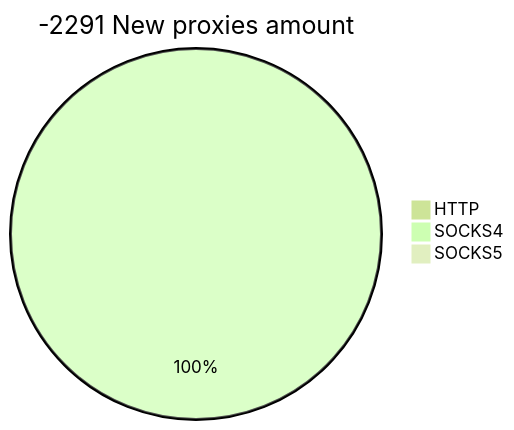
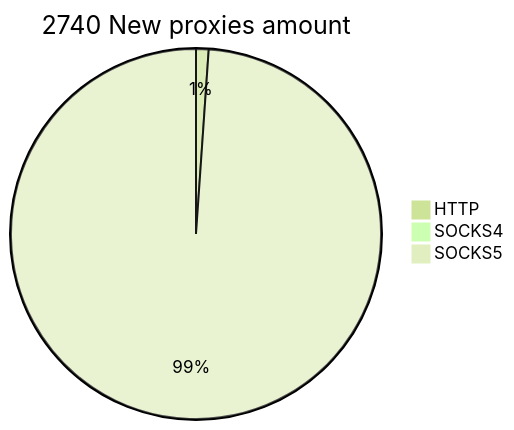
One commit to cutipu/proxylist changed the second of 2 diagrams in README.md. Above: the diagram before and after it, drawn with Mermaid (forest theme). The commit also changed other lines of this file, not shown here.

````diff
--- a/README.md
+++ b/README.md
@@ -10,6 +10,6 @@
 ```mermaid
-pie title -2291 New proxies amount
-    "HTTP" : 0
-    "SOCKS4" : 658
-    "SOCKS5" : 0
+pie title 2740 New proxies amount
+    "HTTP" : 30
+    "SOCKS4" : 0
+    "SOCKS5" : 2710
 ```
````
